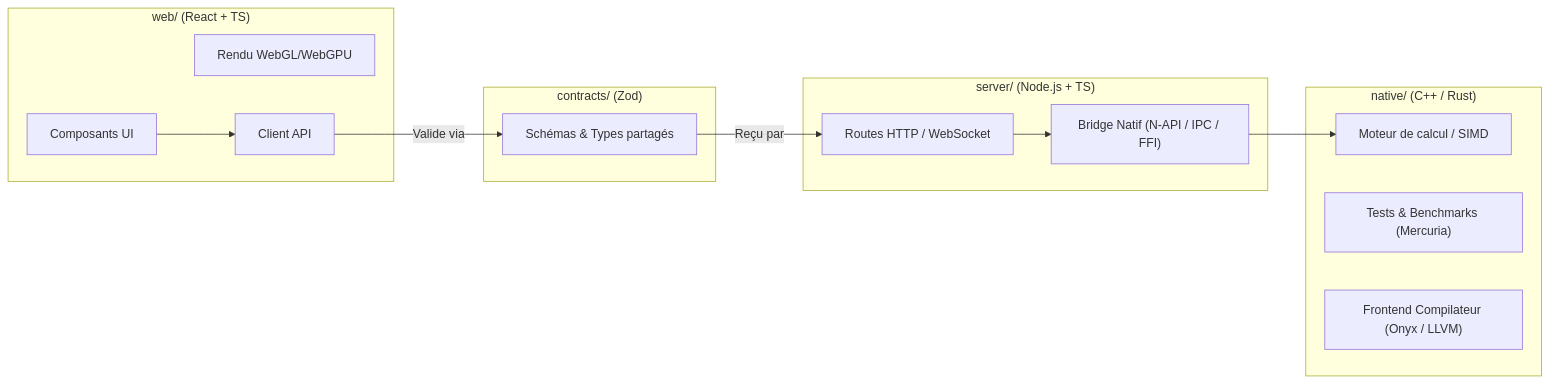
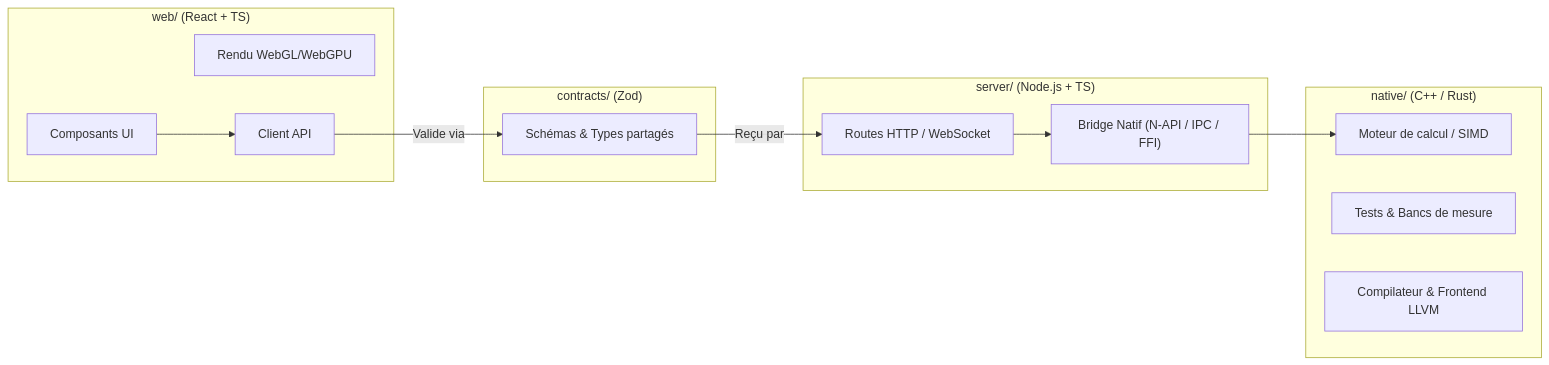
One commit to goldensam777/agn_dev_ changed the diagram in .harness/knowledge/architecture.md. Above: the diagram before and after it, drawn with Mermaid. The commit also changed other lines of this file and 3 other files, not shown here.

````diff
--- a/.harness/knowledge/architecture.md
+++ b/.harness/knowledge/architecture.md
@@ -11,29 +11,29 @@
 ```mermaid
 flowchart LR
     subgraph UI["web/ (React + TS)"]
         Components["Composants UI"]
         Canvas["Rendu WebGL/WebGPU"]
         ApiClient["Client API"]
     end
 
     subgraph CONTRACTS["contracts/ (Zod)"]
         Schemas["Schémas & Types partagés"]
     end
 
     subgraph BACKEND["server/ (Node.js + TS)"]
         Routes["Routes HTTP / WebSocket"]
         Bridge["Bridge Natif (N-API / IPC / FFI)"]
     end
 
     subgraph ENGINE["native/ (C++ / Rust)"]
         Core["Moteur de calcul / SIMD"]
-        Sanitizers["Tests & Benchmarks (Mercuria)"]
-        Compiler["Frontend Compilateur (Onyx / LLVM)"]
+        Sanitizers["Tests & Bancs de mesure"]
+        Compiler["Compilateur & Frontend LLVM"]
     end
 
     Components --> ApiClient
     ApiClient -->|Valide via| Schemas
     Schemas -->|Reçu par| Routes
     Routes --> Bridge
     Bridge --> Core
 ```
````
